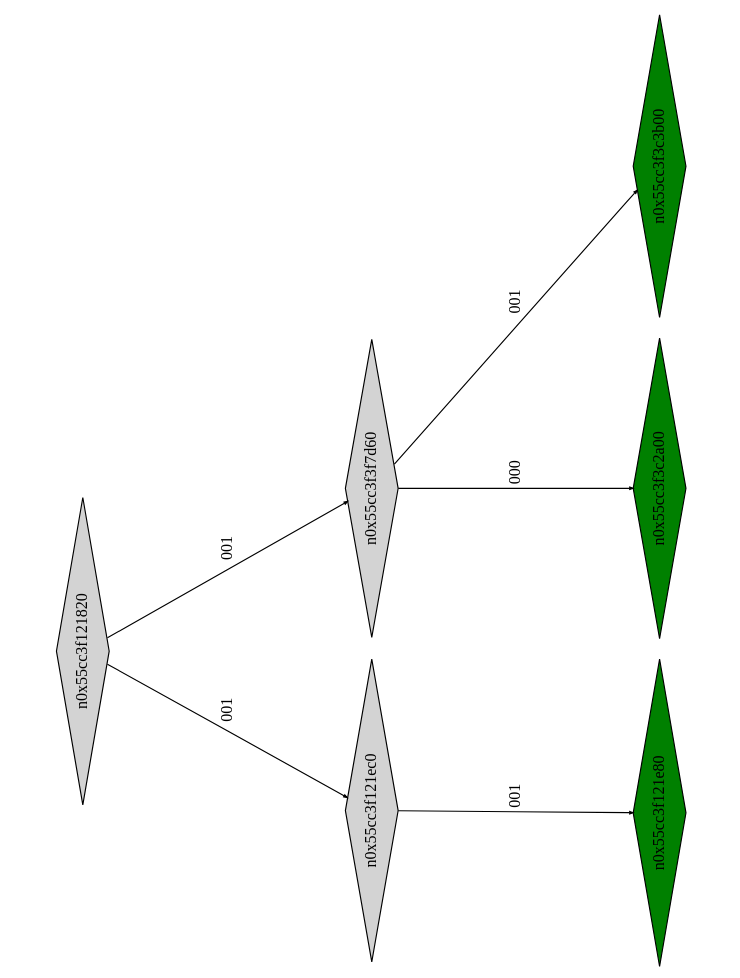
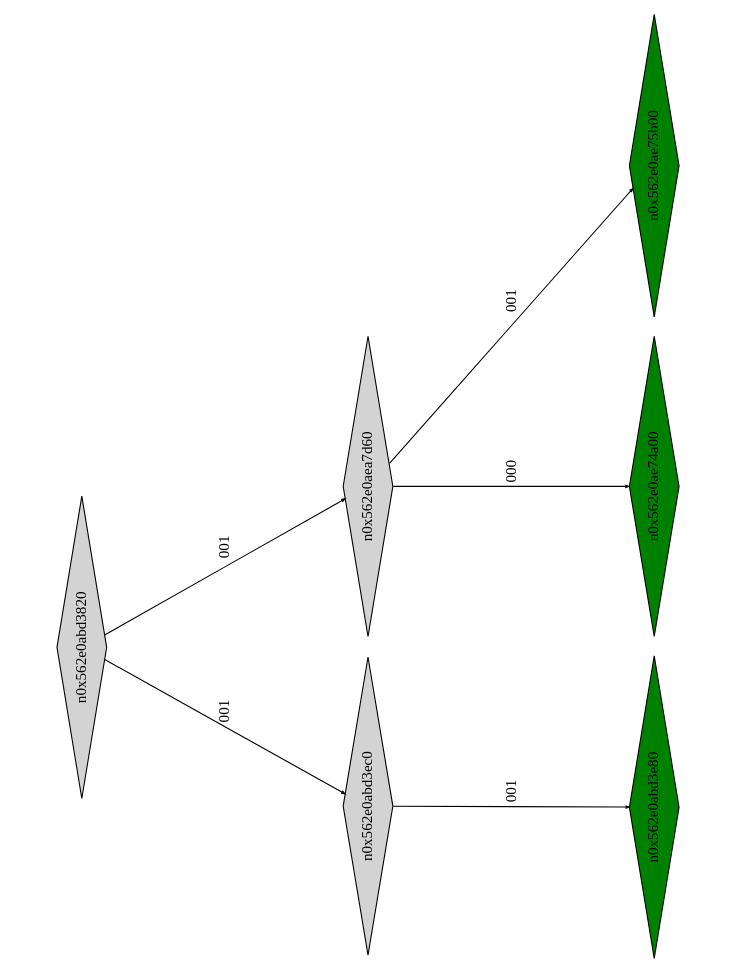
One commit to Research-Tools-PAVT/PSE-Program-Examples changed the diagram in example2_klee_out/ptree_00000125.dot. Above: the diagram before and after it, drawn with Graphviz. The commit also changed 38 other files, not shown here.

```diff
--- a/example2_klee_out/ptree_00000125.dot
+++ b/example2_klee_out/ptree_00000125.dot
@@ -1,19 +1,19 @@
 digraph G {
 	size="10,7.5";
 	ratio=fill;
 	rotate=90;
 	center = "true";
 	node [style="filled",width=.1,height=.1,fontname="Terminus"]
 	edge [arrowsize=.3]
-	n0x55cc3f121820 [shape=diamond];
-	n0x55cc3f121820 -> n0x55cc3f121ec0 [label=001];
-	n0x55cc3f121820 -> n0x55cc3f3f7d60 [label=001];
-	n0x55cc3f3f7d60 [shape=diamond];
-	n0x55cc3f3f7d60 -> n0x55cc3f3c2a00 [label=000];
-	n0x55cc3f3f7d60 -> n0x55cc3f3c3b00 [label=001];
-	n0x55cc3f3c3b00 [shape=diamond,fillcolor=green];
-	n0x55cc3f3c2a00 [shape=diamond,fillcolor=green];
-	n0x55cc3f121ec0 [shape=diamond];
-	n0x55cc3f121ec0 -> n0x55cc3f121e80 [label=001];
-	n0x55cc3f121e80 [shape=diamond,fillcolor=green];
+	n0x562e0abd3820 [shape=diamond];
+	n0x562e0abd3820 -> n0x562e0abd3ec0 [label=001];
+	n0x562e0abd3820 -> n0x562e0aea7d60 [label=001];
+	n0x562e0aea7d60 [shape=diamond];
+	n0x562e0aea7d60 -> n0x562e0ae74a00 [label=000];
+	n0x562e0aea7d60 -> n0x562e0ae75b00 [label=001];
+	n0x562e0ae75b00 [shape=diamond,fillcolor=green];
+	n0x562e0ae74a00 [shape=diamond,fillcolor=green];
+	n0x562e0abd3ec0 [shape=diamond];
+	n0x562e0abd3ec0 -> n0x562e0abd3e80 [label=001];
+	n0x562e0abd3e80 [shape=diamond,fillcolor=green];
 }
```
